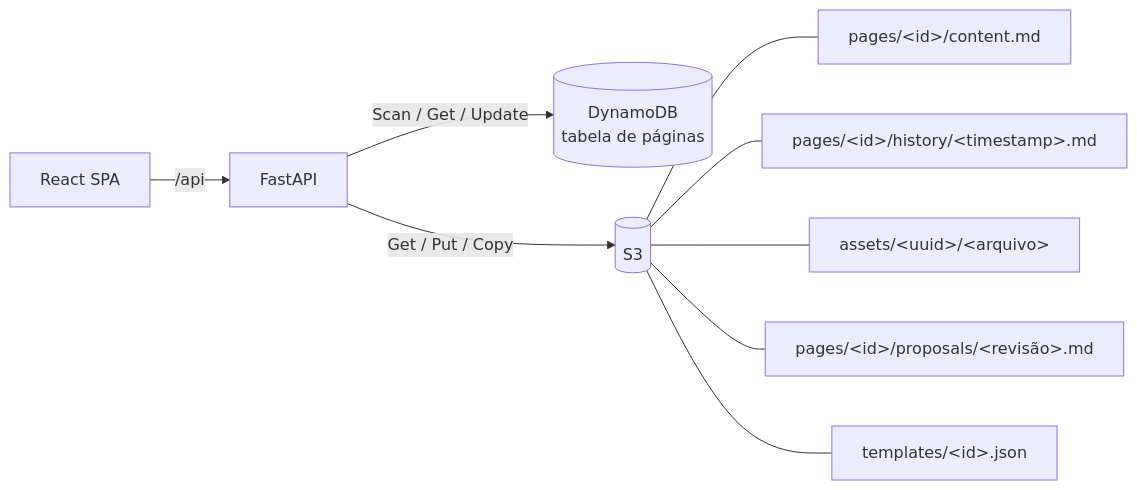
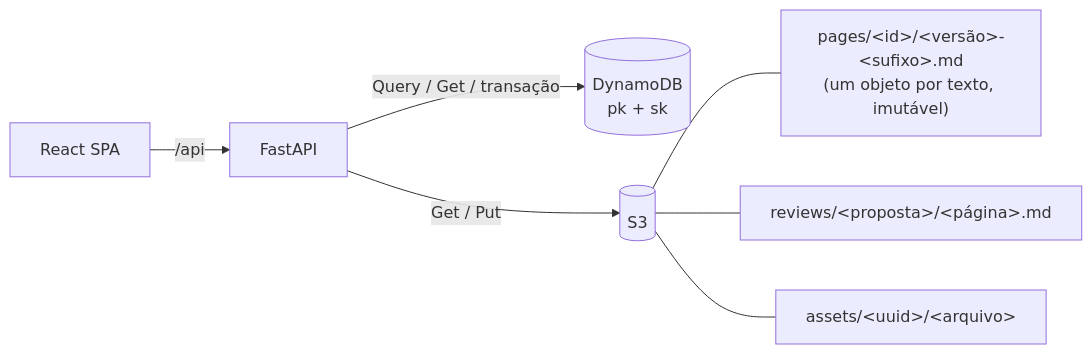
One commit to uMatheusx/docs-template changed the diagram in README.md. Above: the diagram before and after it, drawn with Mermaid. The commit also changed other lines of this file and 48 other files, not shown here.

````diff
--- a/README.md
+++ b/README.md
@@ -169,11 +169,9 @@
 ```mermaid
 flowchart LR
     UI[React SPA] -->|/api| API[FastAPI]
-    API -->|Scan / Get / Update| DDB[(DynamoDB<br/>tabela de páginas)]
-    API -->|Get / Put / Copy| S3[(S3)]
-    S3 --- C["pages/&lt;id&gt;/content.md"]
-    S3 --- H["pages/&lt;id&gt;/history/&lt;timestamp&gt;.md"]
+    API -->|Query / Get / transação| DDB[(DynamoDB<br/>pk + sk)]
+    API -->|Get / Put| S3[(S3)]
+    S3 --- C["pages/&lt;id&gt;/&lt;versão&gt;-&lt;sufixo&gt;.md<br/>(um objeto por texto, imutável)"]
+    S3 --- P["reviews/&lt;proposta&gt;/&lt;página&gt;.md"]
     S3 --- M["assets/&lt;uuid&gt;/&lt;arquivo&gt;"]
-    S3 --- P["pages/&lt;id&gt;/proposals/&lt;revisão&gt;.md"]
-    S3 --- T["templates/&lt;id&gt;.json"]
 ```
````
